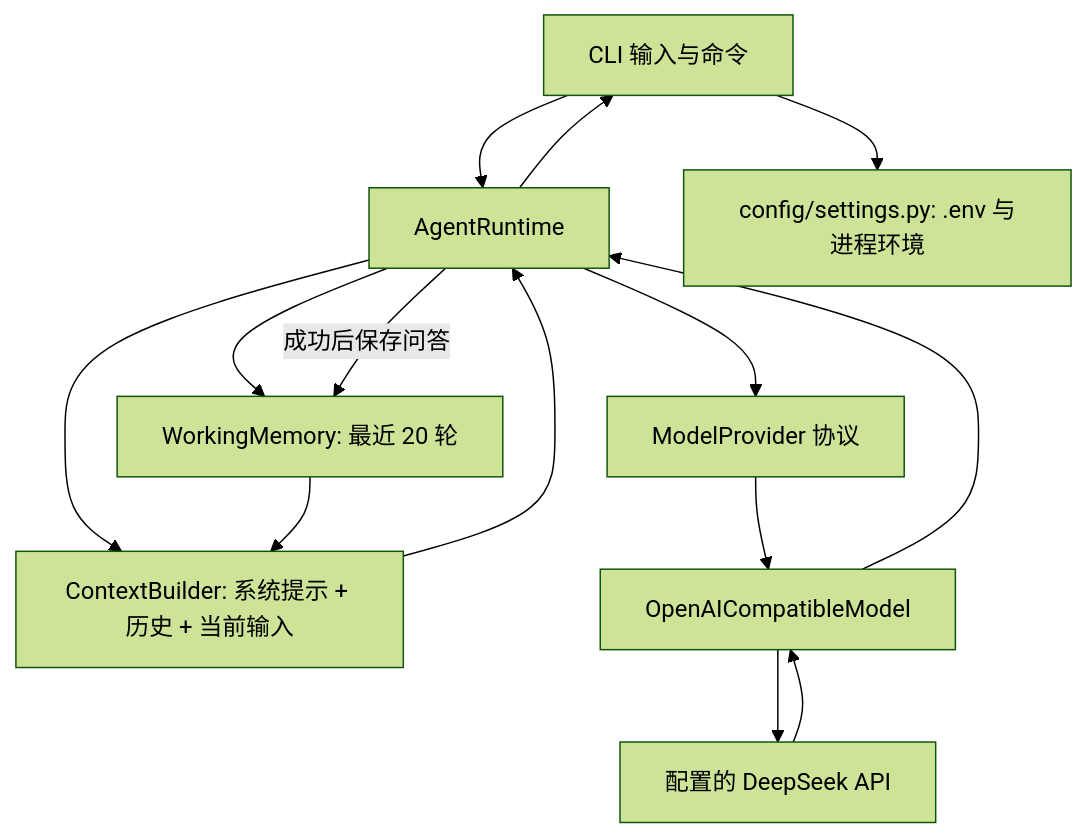
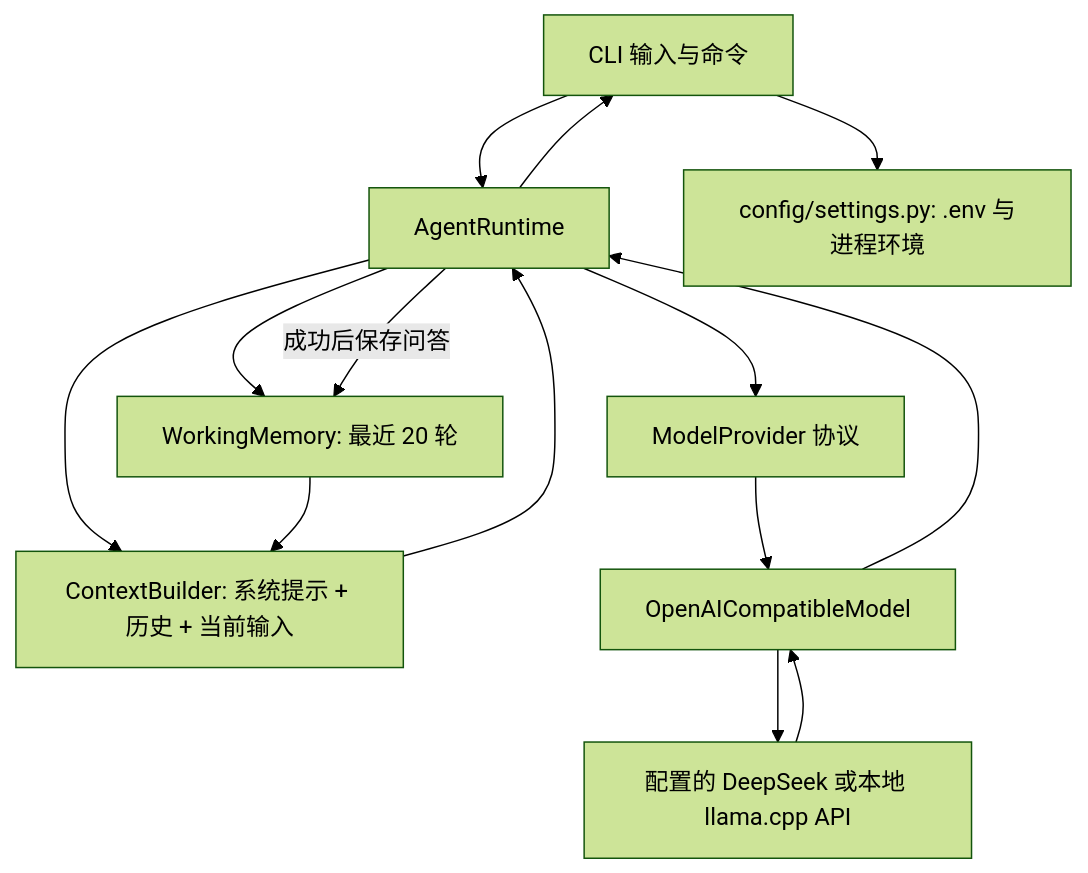
The first of 2 diagrams in docs/architecture.md (LeveLyume/persistent-agent), drawn with Mermaid (forest theme) before and after one commit. The commit also changed other lines of this file and 7 other files, not shown here.

````diff
--- a/docs/architecture.md
+++ b/docs/architecture.md
@@ -26,15 +28,15 @@
 ```mermaid
 flowchart TD
   CLI["CLI 输入与命令"] --> RT["AgentRuntime"]
   CLI --> CFG["config/settings.py: .env 与进程环境"]
   RT --> WM["WorkingMemory: 最近 20 轮"]
   RT --> CB["ContextBuilder: 系统提示 + 历史 + 当前输入"]
   WM --> CB
   CB --> RT
   RT --> MP["ModelProvider 协议"]
   MP --> OA["OpenAICompatibleModel"]
-  OA --> API["配置的 DeepSeek API"]
+  OA --> API["配置的 DeepSeek 或本地 llama.cpp API"]
   API --> OA --> RT
   RT -- "成功后保存问答" --> WM
   RT --> CLI
 ```
````
